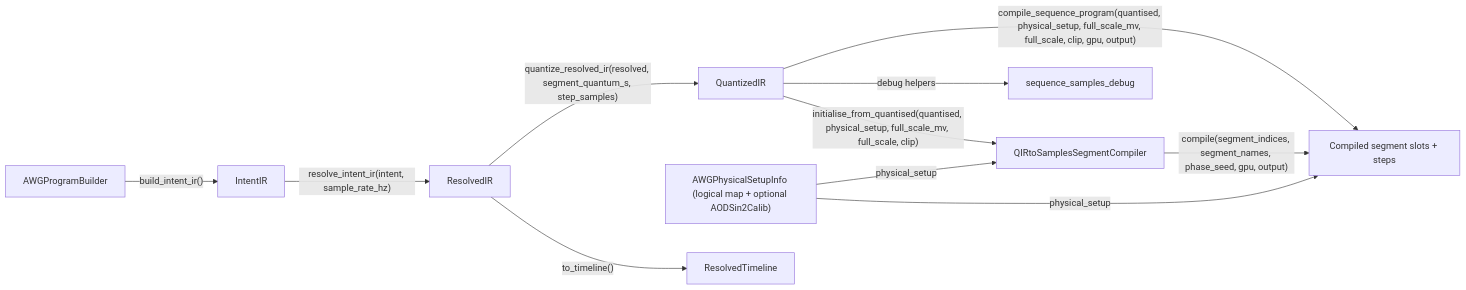
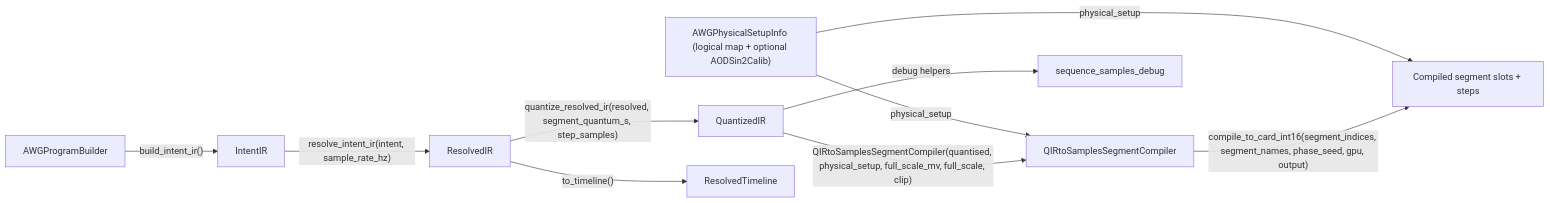
The diagram in README.md (CornishLabs/AWGSegmentFactory), drawn with Mermaid before and after one commit. The commit also changed other lines of this file and 16 other files, not shown here.

````diff
--- a/README.md
+++ b/README.md
@@ -268,26 +275,25 @@
 ```mermaid
 flowchart LR
     builder["AWGProgramBuilder"]
     intent["IntentIR"]
     resolved["ResolvedIR"]
     quantised["QuantizedIR"]
     setup["AWGPhysicalSetupInfo (logical map + optional AODSin2Calib)"]
     compiler["QIRtoSamplesSegmentCompiler"]
     compiled["Compiled segment slots + steps"]
     timeline["ResolvedTimeline"]
     debug["sequence_samples_debug"]
 
     builder -->|"build_intent_ir()"| intent
     intent -->|"resolve_intent_ir(intent, sample_rate_hz)"| resolved
     resolved -->|"quantize_resolved_ir(resolved, segment_quantum_s, step_samples)"| quantised
 
     setup -->|"physical_setup"| compiler
     setup -->|"physical_setup"| compiled
-    quantised -->|"initialise_from_quantised(quantised, physical_setup, full_scale_mv, full_scale, clip)"| compiler
-    compiler -->|"compile(segment_indices, segment_names, phase_seed, gpu, output)"| compiled
-    quantised -->|"compile_sequence_program(quantised, physical_setup, full_scale_mv, full_scale, clip, gpu, output)"| compiled
+    quantised -->|"QIRtoSamplesSegmentCompiler(quantised, physical_setup, full_scale_mv, full_scale, clip)"| compiler
+    compiler -->|"compile_to_card_int16(segment_indices, segment_names, phase_seed, gpu, output)"| compiled
 
     resolved -->|"to_timeline()"| timeline
     quantised -->|"debug helpers"| debug
 
 ```
````
